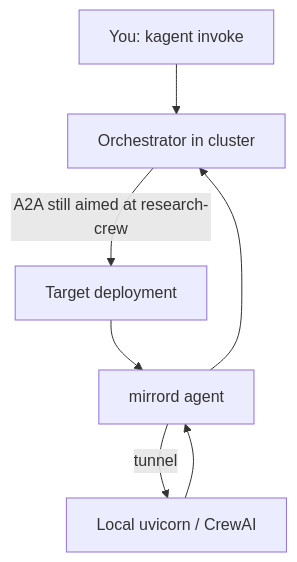
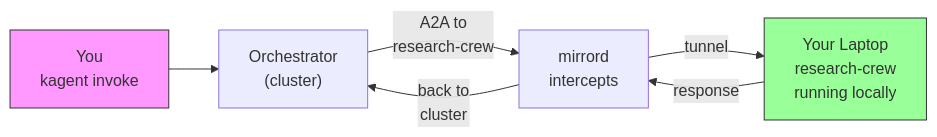
Before and after one commit to adnazujolakisic/kagent-mirrord: the second of 2 diagrams in README.md, drawn with Mermaid. The commit also changed other lines of this file and 6 other files, not shown here.

````diff
--- a/README.md
+++ b/README.md
@@ -69,9 +70,10 @@
 ```mermaid
-graph TD
-    U[You: kagent invoke] --> O[Orchestrator in cluster]
-    O -->|A2A still aimed at research-crew| RC[Target deployment]
-    RC --> MA[mirrord agent]
-    MA -->|tunnel| LP[Local uvicorn / CrewAI]
-    LP --> MA
-    MA --> O
+graph LR
+    U["You<br/>kagent invoke"] --> O["Orchestrator<br/>(cluster)"]
+    O -->|"A2A to<br/>research-crew"| I["mirrord<br/>intercepts"]
+    I -->|tunnel| LP["Your Laptop<br/>research-crew<br/>running locally"]
+    LP -->|response| I
+    I -->|back to<br/>cluster| O
+    style U fill:#f9f,stroke:#333
+    style LP fill:#9f9,stroke:#333
 ```
````
